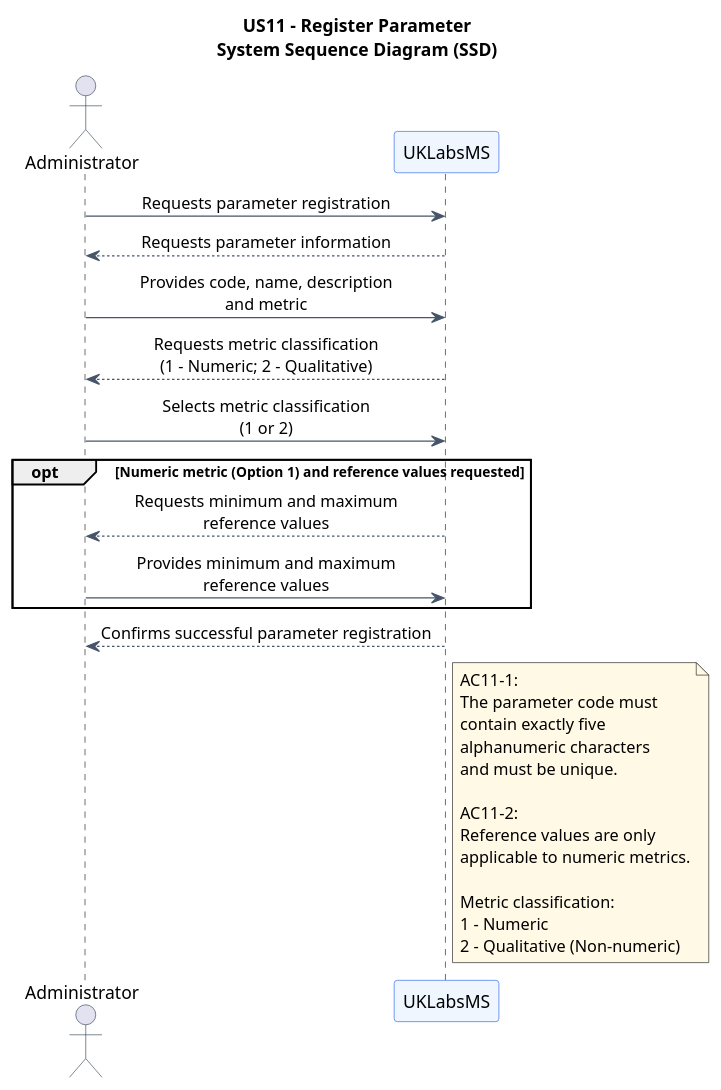
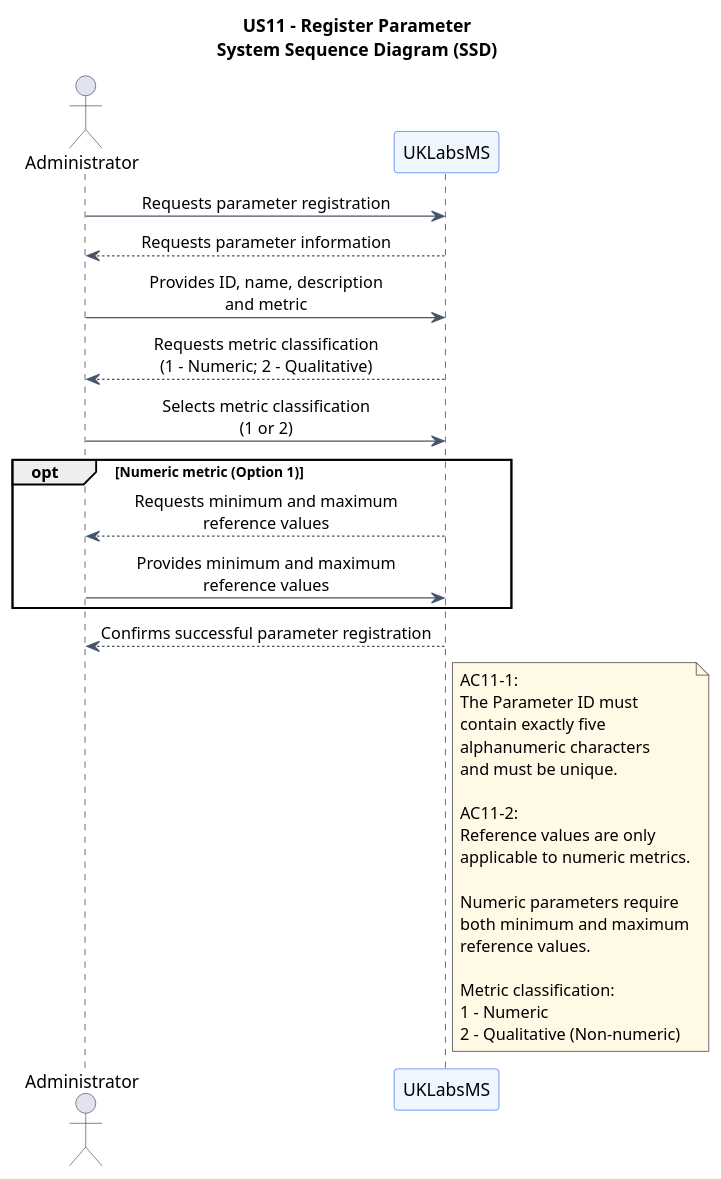
One commit to jmaia574/leti-esoft-26-27-B6 changed the diagram in docs/system-documentation/US11/puml/US11-SSD.puml. Above: the diagram before and after it, drawn with PlantUML. The commit also changed 8 other files, not shown here.

```diff
--- a/docs/system-documentation/US11/puml/US11-SSD.puml
+++ b/docs/system-documentation/US11/puml/US11-SSD.puml
@@ -1,70 +1,74 @@
 @startuml
 
 title US11 - Register Parameter\nSystem Sequence Diagram (SSD)
 
 skinparam backgroundColor #FFFFFF
 skinparam shadowing false
 skinparam sequenceMessageAlign center
 skinparam responseMessageBelowArrow true
 skinparam ParticipantBorderColor #2563EB
 skinparam ParticipantBackgroundColor #EFF6FF
 skinparam ActorBorderColor #334155
 skinparam ArrowColor #475569
 skinparam NoteBackgroundColor #FFF9E6
 
 actor "Administrator" as Admin
 participant "UKLabsMS" as System
 
 ' =====================================================
 ' Main Success Scenario
 ' =====================================================
 
 Admin -> System : Requests parameter registration
 
 System --> Admin : Requests parameter information
 
-Admin -> System : Provides code, name, description\nand metric
+Admin -> System : Provides ID, name, description\nand metric
 
 System --> Admin : Requests metric classification\n(1 - Numeric; 2 - Qualitative)
 
 Admin -> System : Selects metric classification\n(1 or 2)
 
 ' =====================================================
-' Optional Reference Values
+' Reference Values for Numeric Parameters
 ' =====================================================
 
-opt Numeric metric (Option 1) and reference values requested
+opt Numeric metric (Option 1)
 
     System --> Admin : Requests minimum and maximum\nreference values
 
     Admin -> System : Provides minimum and maximum\nreference values
 
 end
 
 ' =====================================================
 ' Successful Registration
 ' =====================================================
 
 System --> Admin : Confirms successful parameter registration
 
 ' =====================================================
 ' Acceptance Criteria
 ' =====================================================
 
 note right of System
 AC11-1:
-The parameter code must
+The Parameter ID must
 contain exactly five
 alphanumeric characters
 and must be unique.
 
 AC11-2:
 Reference values are only
 applicable to numeric metrics.
 
+Numeric parameters require
+both minimum and maximum
+reference values.
+
 Metric classification:
 1 - Numeric
 2 - Qualitative (Non-numeric)
 end note
 
 @enduml
```
